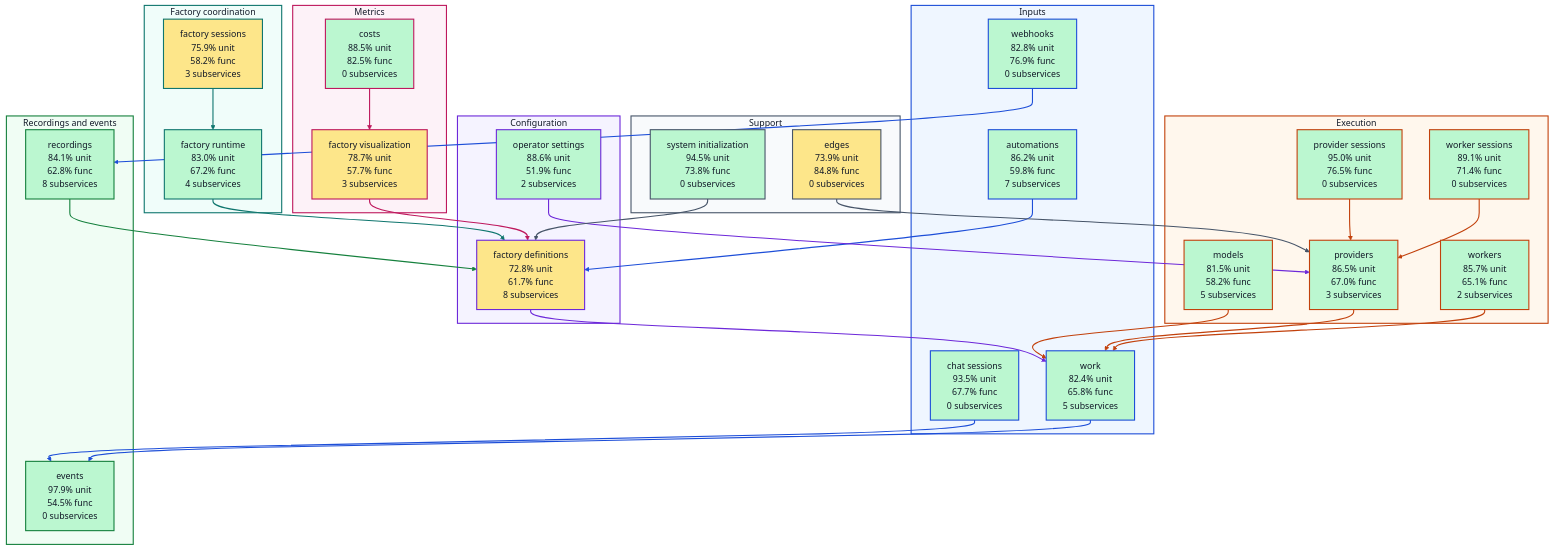
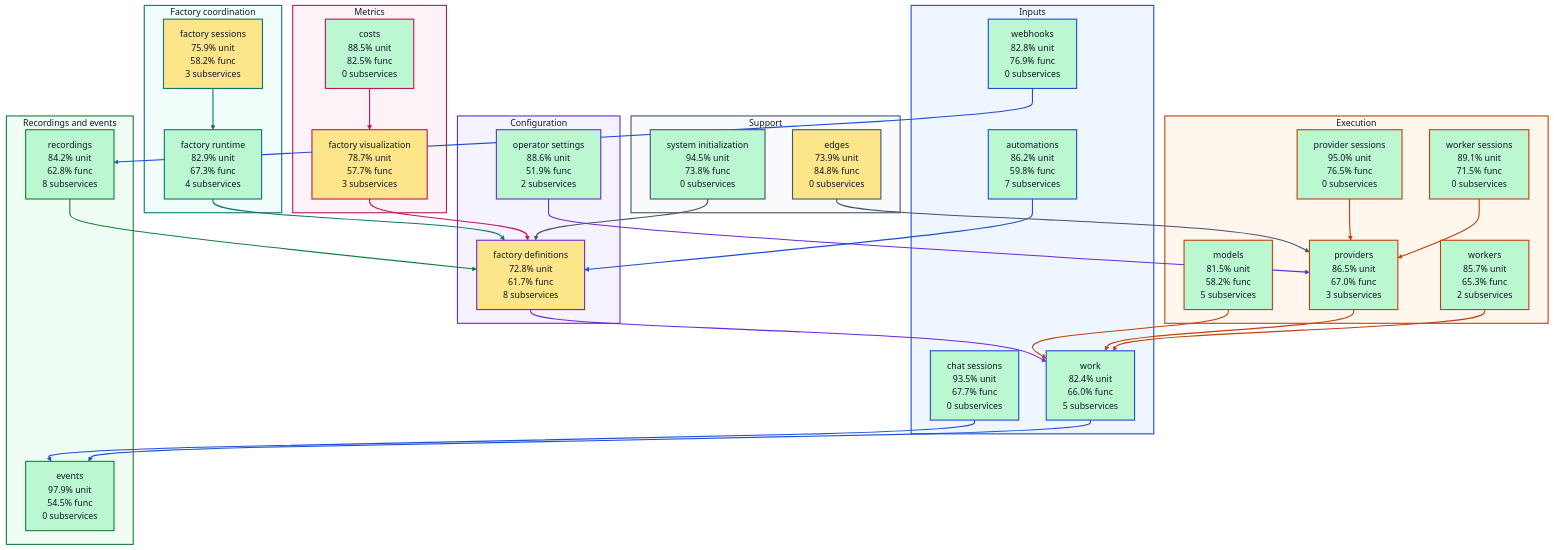
One commit to portpowered/you-agent-factory changed the diagram in docs/architecture/visualizations/high-level-test-coverage.md. Above: the diagram before and after it, drawn with Mermaid (forest theme). The commit also changed other lines of this file and 20 other files, not shown here.

Commit message:
docs: refresh backend architecture visualizations

```diff
--- a/docs/architecture/visualizations/high-level-test-coverage.md
+++ b/docs/architecture/visualizations/high-level-test-coverage.md
@@ -14,26 +14,26 @@
     s_services_automations["automations<br/>86.2% unit<br/>59.8% func<br/>7 subservices"]
     s_services_chat_sessions["chat sessions<br/>93.5% unit<br/>67.7% func<br/>0 subservices"]
     s_services_webhooks["webhooks<br/>82.8% unit<br/>76.9% func<br/>0 subservices"]
-    s_services_work["work<br/>82.4% unit<br/>65.8% func<br/>5 subservices"]
+    s_services_work["work<br/>82.4% unit<br/>66.0% func<br/>5 subservices"]
   end
   subgraph configuration["Configuration"]
     s_services_factory_definitions["factory definitions<br/>72.8% unit<br/>61.7% func<br/>8 subservices"]
     s_services_operator_settings["operator settings<br/>88.6% unit<br/>51.9% func<br/>2 subservices"]
   end
   subgraph coordination["Factory coordination"]
-    s_services_factory_runtime["factory runtime<br/>83.0% unit<br/>67.2% func<br/>4 subservices"]
+    s_services_factory_runtime["factory runtime<br/>82.9% unit<br/>67.3% func<br/>4 subservices"]
     s_services_factory_sessions["factory sessions<br/>75.9% unit<br/>58.2% func<br/>3 subservices"]
   end
   subgraph execution["Execution"]
     s_services_models["models<br/>81.5% unit<br/>58.2% func<br/>5 subservices"]
     s_services_provider_sessions["provider sessions<br/>95.0% unit<br/>76.5% func<br/>0 subservices"]
     s_services_providers["providers<br/>86.5% unit<br/>67.0% func<br/>3 subservices"]
-    s_services_worker_sessions["worker sessions<br/>89.1% unit<br/>71.4% func<br/>0 subservices"]
-    s_services_workers["workers<br/>85.7% unit<br/>65.1% func<br/>2 subservices"]
+    s_services_worker_sessions["worker sessions<br/>89.1% unit<br/>71.5% func<br/>0 subservices"]
+    s_services_workers["workers<br/>85.7% unit<br/>65.3% func<br/>2 subservices"]
   end
   subgraph recordings["Recordings and events"]
     s_services_events["events<br/>97.9% unit<br/>54.5% func<br/>0 subservices"]
-    s_services_recordings["recordings<br/>84.1% unit<br/>62.8% func<br/>8 subservices"]
+    s_services_recordings["recordings<br/>84.2% unit<br/>62.8% func<br/>8 subservices"]
   end
   subgraph metrics["Metrics"]
     s_services_costs["costs<br/>88.5% unit<br/>82.5% func<br/>0 subservices"]
```
